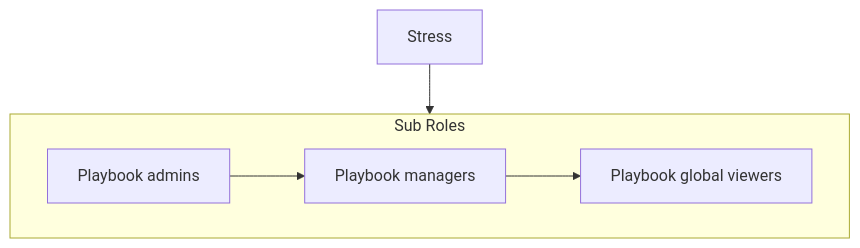
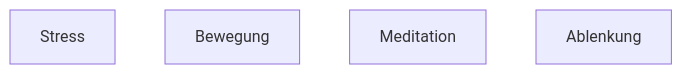
The diagram in inertia PT/General/Therapie.md (lueck1803/interia-PT), drawn with Mermaid before and after one commit.

Commit message:
vault backup: 2025-12-01 12:51:45

````diff
--- a/inertia PT/General/Therapie.md
+++ b/inertia PT/General/Therapie.md
@@ -8,14 +8,18 @@
 ```mermaid
 flowchart TB
-	a[Stress] 
-	a-->SubRoles
+	a[Stress]
+	b[Bewegung] 
+	c[Meditation]
+	d[Ablenkung]
 	
-	subgraph SubRoles [Sub Roles]
-		direction LR
-		b[Playbook admins]
-		c[Playbook managers]
-		d[Playbook global viewers]
-		b-->c
-		c-->d
-	end
+	%% a-->SubRoles %%
+	
+	%% subgraph SubRoles [Sub Roles] %%
+		%% direction LR %%
+		%% b[Playbook admins] %%
+		%% c[Playbook managers] %%
+		%% d[Playbook global viewers] %%
+		%% b-->c %%
+		%% c-->d %%
+	%% end %%
 ```
````
